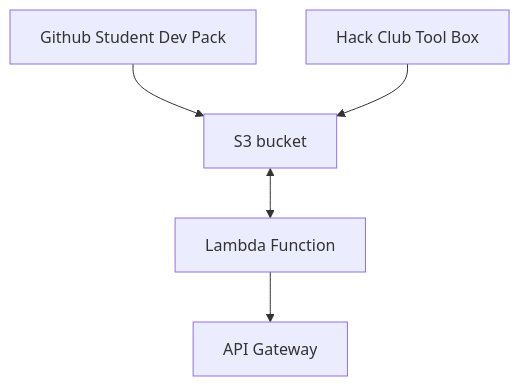
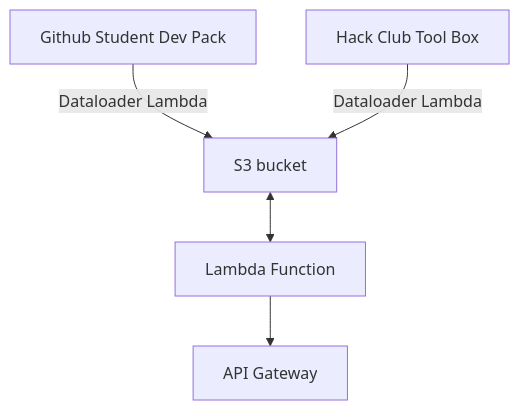
Before and after one commit to p-karunya/findMyLaptop: the diagram in README.md, drawn with Mermaid. The commit also changed 697 other files, not shown here.

````diff
--- a/README.md
+++ b/README.md
@@ -6,11 +6,11 @@
 ```mermaid
 graph TB;
     A[Github Student Dev Pack]; B[Hack Club Tool Box]
     C[S3 bucket]
     D[Lambda Function]
     E[API Gateway]
-    A -->C
-    B -->C
-    C <-->D
+    A -->|Dataloader Lambda|C
+    B -->|Dataloader Lambda|C
+    C <--> D
     D --> E
 ```
````
